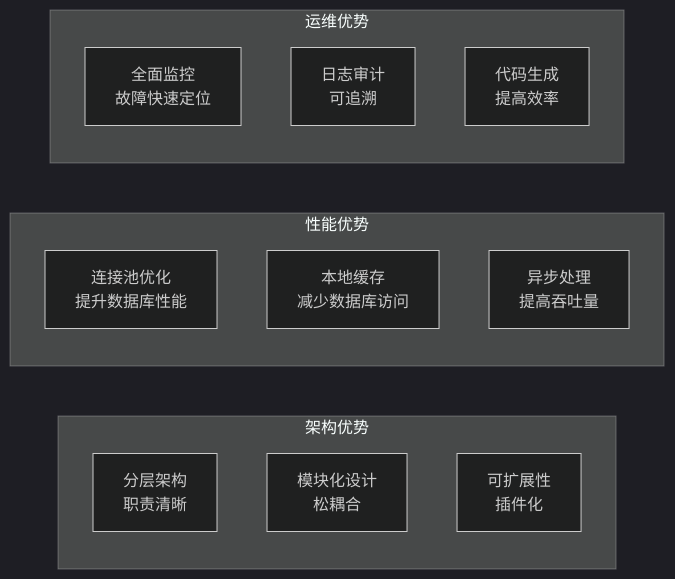
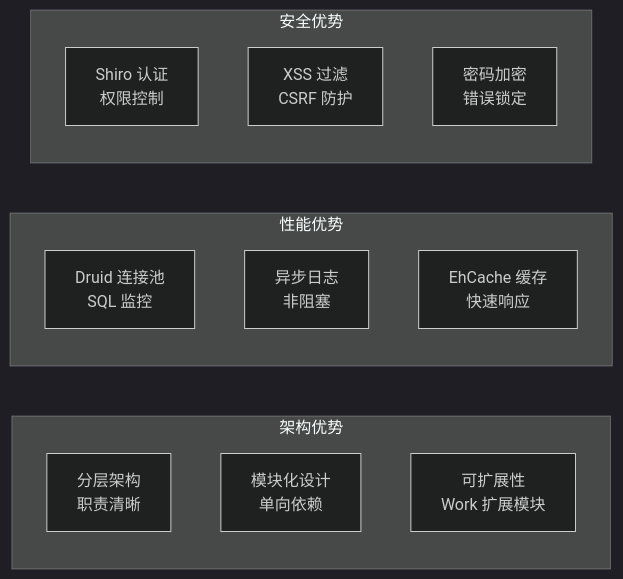
The fourth of 5 diagrams in ruoyi-admin/.gientech/wiki/技术栈与依赖.md (ChenLiyan-GT/RuoYi-Vue), drawn with Mermaid (dark theme) before and after one commit. The commit also changed other lines of this file and 82 other files, not shown here.

````diff
--- a/ruoyi-admin/.gientech/wiki/技术栈与依赖.md
+++ b/ruoyi-admin/.gientech/wiki/技术栈与依赖.md
@@ -355,18 +301,18 @@
 ```mermaid
 graph LR
 subgraph "架构优势"
 Layered["分层架构<br/>职责清晰"]
-Modular["模块化设计<br/>松耦合"]
-Extensible["可扩展性<br/>插件化"]
+Modular["模块化设计<br/>单向依赖"]
+Extensible["可扩展性<br/>Work 扩展模块"]
 end
 subgraph "性能优势"
-ConnectionPool["连接池优化<br/>提升数据库性能"]
-Cache["本地缓存<br/>减少数据库访问"]
-Async["异步处理<br/>提高吞吐量"]
+ConnectionPool["Druid 连接池<br/>SQL 监控"]
+AsyncLog["异步日志<br/>非阻塞"]
+Cache["EhCache 缓存<br/>快速响应"]
 end
-subgraph "运维优势"
-Monitoring["全面监控<br/>故障快速定位"]
-LogAudit["日志审计<br/>可追溯"]
-Codegen["代码生成<br/>提高效率"]
+subgraph "安全优势"
+Shiro["Shiro 认证<br/>权限控制"]
+XSS["XSS 过滤<br/>CSRF 防护"]
+Password["密码加密<br/>错误锁定"]
 end
 ```
````
